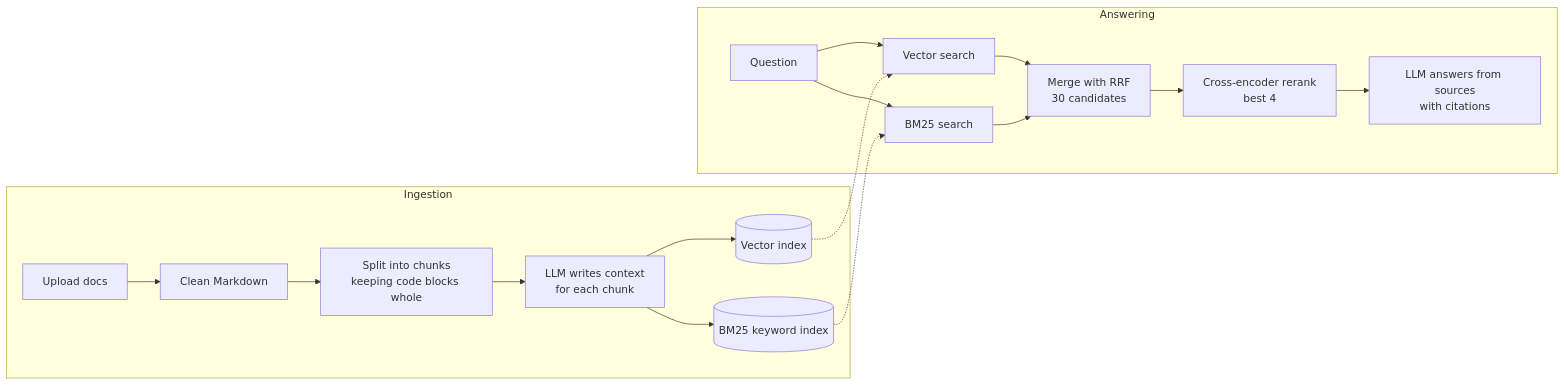
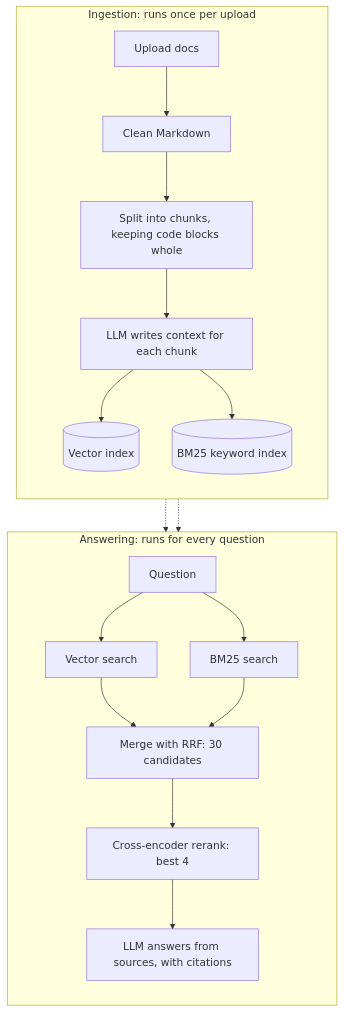
The diagram in README.md (MoftL/techdoc-copilot), drawn with Mermaid before and after one commit. The commit also changed 1 other file, not shown here.

Commit message:
Make the README diagram readable and add a page icon
Stack the architecture diagram vertically so its text isn't shrunk to
fit the README width, and give the demo page an icon to stop its 404.

````diff
--- a/README.md
+++ b/README.md
@@ -77,20 +77,22 @@
 ```mermaid
-flowchart LR
-    subgraph Ingestion
+flowchart TD
+    subgraph Ingestion["Ingestion: runs once per upload"]
+        direction TB
         A[Upload docs] --> B[Clean Markdown]
-        B --> C[Split into chunks<br>keeping code blocks whole]
-        C --> D[LLM writes context<br>for each chunk]
+        B --> C[Split into chunks, keeping code blocks whole]
+        C --> D[LLM writes context for each chunk]
         D --> E[(Vector index)]
         D --> F[(BM25 keyword index)]
     end
-    subgraph Answering
+    subgraph Answering["Answering: runs for every question"]
+        direction TB
         G[Question] --> H[Vector search]
         G --> I[BM25 search]
-        E -.-> H
-        F -.-> I
-        H --> J[Merge with RRF<br>30 candidates]
+        H --> J[Merge with RRF: 30 candidates]
         I --> J
-        J --> K[Cross-encoder rerank<br>best 4]
-        K --> L[LLM answers from sources<br>with citations]
+        J --> K[Cross-encoder rerank: best 4]
+        K --> L[LLM answers from sources, with citations]
     end
+    E -.-> H
+    F -.-> I
 ```
````
